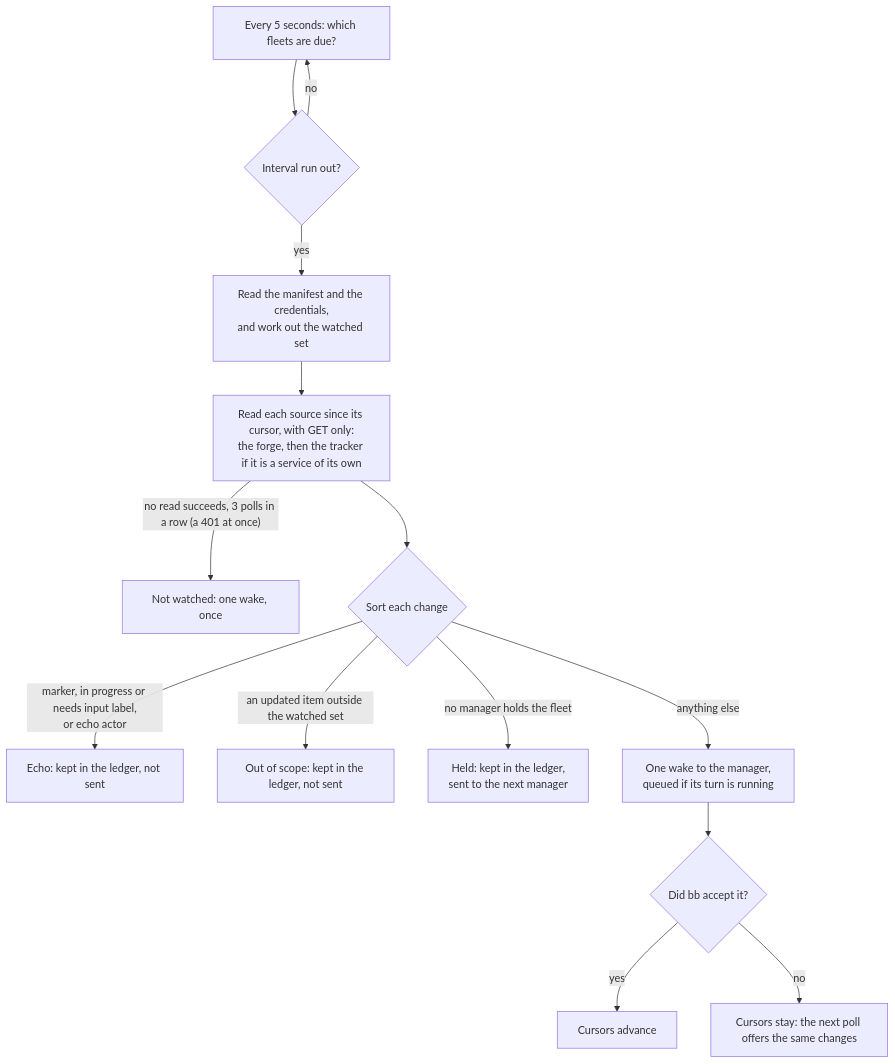
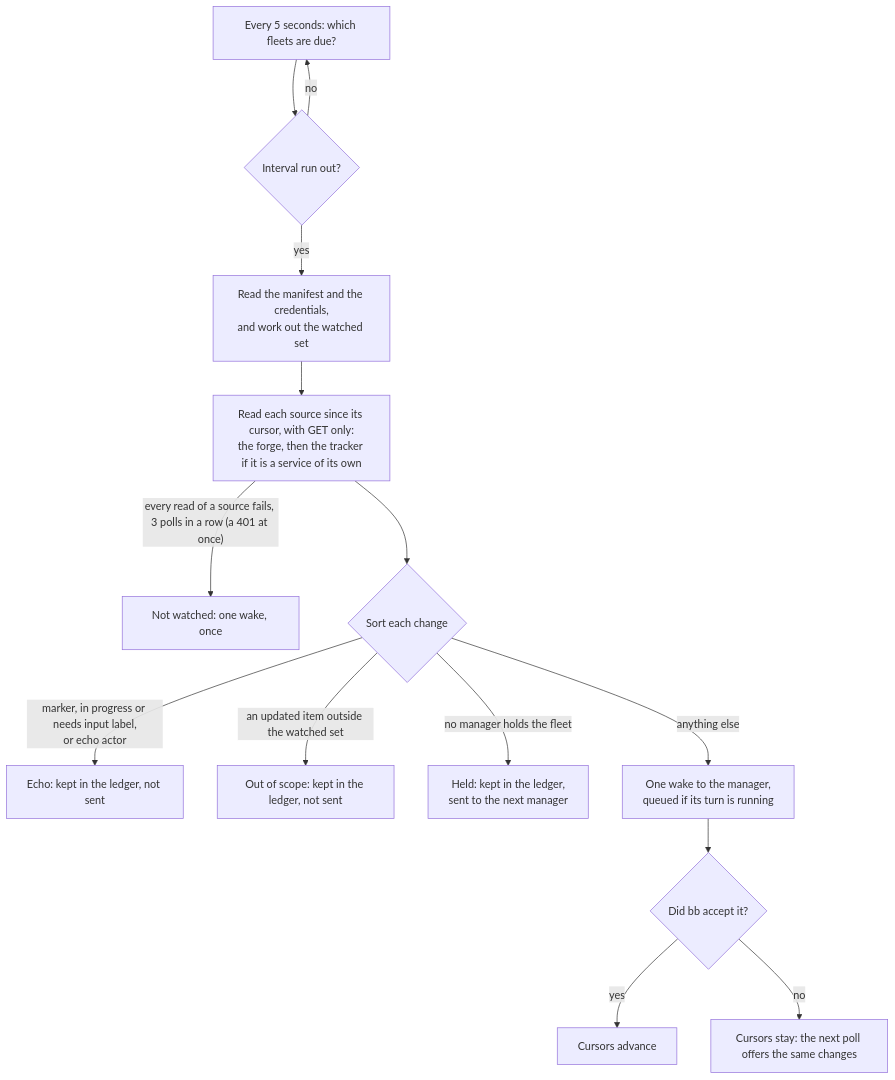
The diagram in docs/explanation/unattendish-polling.md (gperezmz/bb-plugins), drawn with Mermaid before and after one commit. The commit also changed other lines of this file and 3 other files, not shown here.

First line of the commit message:
docs(unattendish-sdlc): say all five causes of a fleet not watched

````diff
--- a/docs/explanation/unattendish-polling.md
+++ b/docs/explanation/unattendish-polling.md
@@ -5,16 +5,16 @@
 ```mermaid
 flowchart TB
   tick["Every 5 seconds: which fleets are due?"] --> due{"Interval run out?"}
   due -->|no| tick
   due -->|yes| watch["Read the manifest and the credentials,<br/>and work out the watched set"]
   watch --> read["Read each source since its cursor, with GET only:<br/>the forge, then the tracker if it is a service of its own"]
-  read -->|"no read succeeds, 3 polls in a row (a 401 at once)"| refused["Not watched: one wake, once"]
+  read -->|"every read of a source fails, 3 polls in a row (a 401 at once)"| refused["Not watched: one wake, once"]
   read --> sort{"Sort each change"}
   sort -->|"marker, in progress or needs input label,<br/>or echo actor"| echo["Echo: kept in the ledger, not sent"]
   sort -->|"an updated item outside the watched set"| scope["Out of scope: kept in the ledger, not sent"]
   sort -->|"no manager holds the fleet"| held["Held: kept in the ledger,<br/>sent to the next manager"]
   sort -->|"anything else"| wake["One wake to the manager,<br/>queued if its turn is running"]
   wake --> accepted{"Did bb accept it?"}
   accepted -->|yes| advance["Cursors advance"]
   accepted -->|no| again["Cursors stay: the next poll offers the same changes"]
 ```
````
